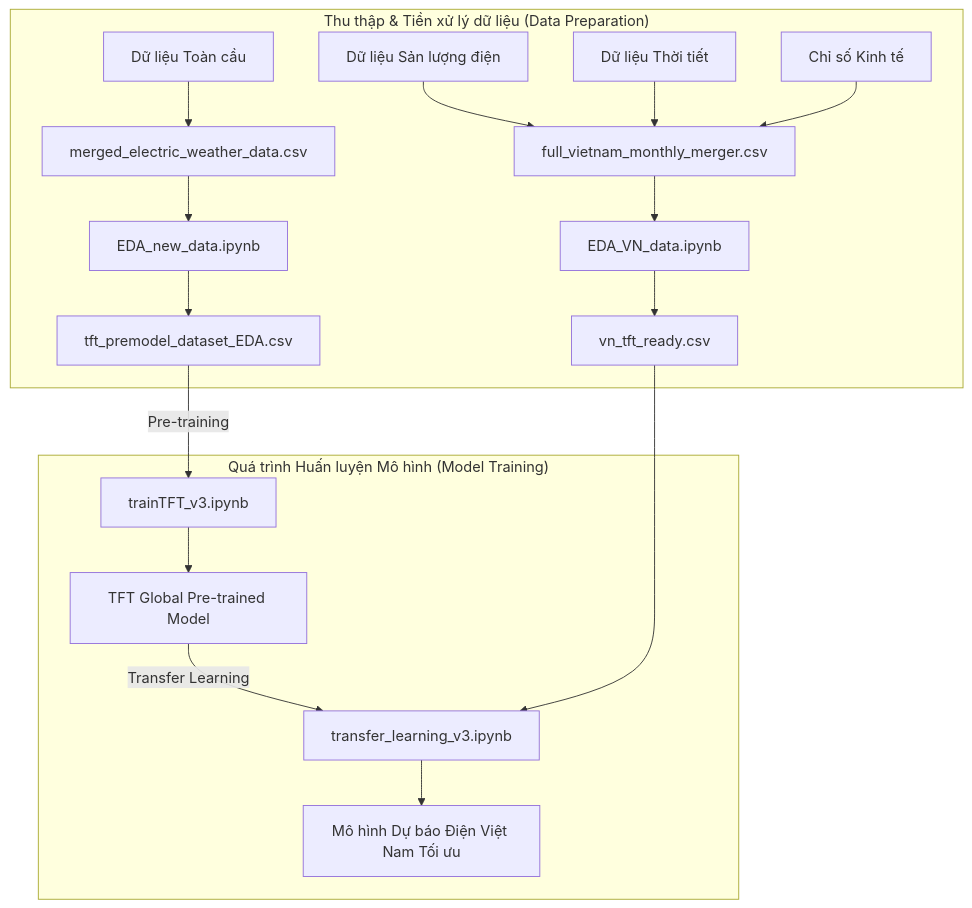
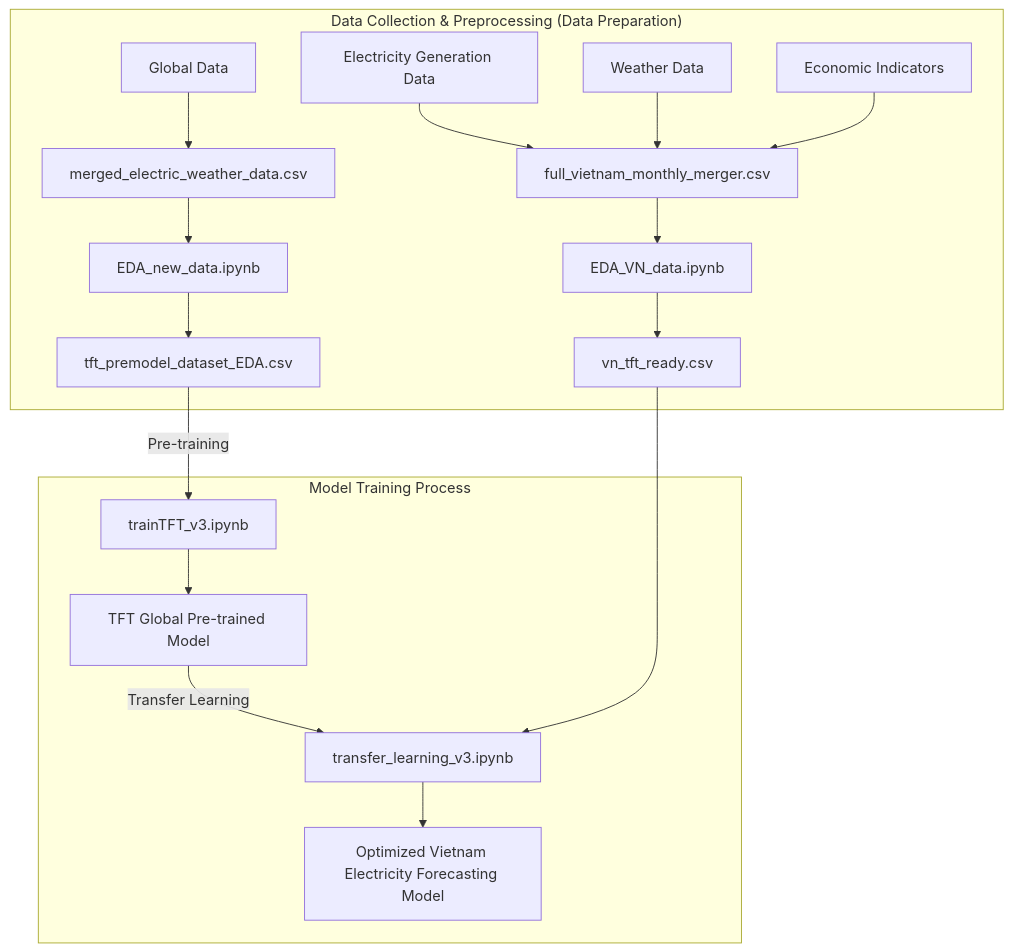
The diagram in README.md (NguyenVanTien204/TFT-GreenPower-Forecasting), drawn with Mermaid before and after one commit. The commit also changed other lines of this file and 1 other file, not shown here.

````diff
--- a/README.md
+++ b/README.md
@@ -23,26 +25,26 @@
 ```mermaid
 graph TD
-    subgraph Data_Prep ["Thu thập & Tiền xử lý dữ liệu (Data Preparation)"]
-        A1[Dữ liệu Sản lượng điện] --> B1[full_vietnam_monthly_merger.csv]
-        A2[Dữ liệu Thời tiết] --> B1
-        A3[Chỉ số Kinh tế] --> B1
+    subgraph Data_Prep ["Data Collection & Preprocessing (Data Preparation)"]
+        A1[Electricity Generation Data] --> B1[full_vietnam_monthly_merger.csv]
+        A2[Weather Data] --> B1
+        A3[Economic Indicators] --> B1
         
-        A4[Dữ liệu Toàn cầu] --> B2[merged_electric_weather_data.csv]
+        A4[Global Data] --> B2[merged_electric_weather_data.csv]
         
         B1 --> C1[EDA_VN_data.ipynb]
         B2 --> C2[EDA_new_data.ipynb]
         
         C1 --> D1[vn_tft_ready.csv]
         C2 --> D2[tft_premodel_dataset_EDA.csv]
     end
 
-    subgraph Model_Training ["Quá trình Huấn luyện Mô hình (Model Training)"]
+    subgraph Model_Training ["Model Training Process"]
         D2 -->|Pre-training| E1[trainTFT_v3.ipynb]
         E1 --> F1[TFT Global Pre-trained Model]
         
         F1 -->|Transfer Learning| E2[transfer_learning_v3.ipynb]
         D1 --> E2
         
-        E2 --> F2[Mô hình Dự báo Điện Việt Nam Tối ưu]
+        E2 --> F2[Optimized Vietnam Electricity Forecasting Model]
     end
 ```
````
